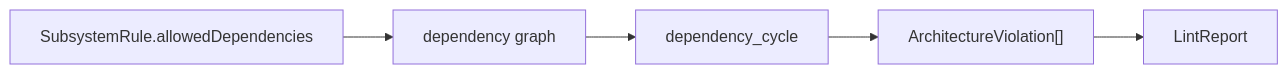
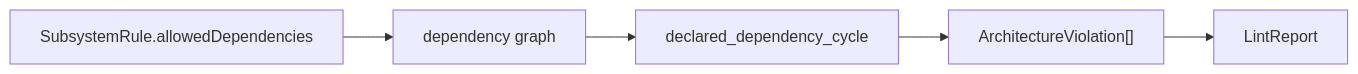
The fifth of 7 diagrams in docs/ARCHITECTURE_SNAPSHOT.md (RoyalPineapple/BumperBowling), drawn with Mermaid before and after one commit. The commit also changed other lines of this file and 14 other files, not shown here.

````diff
--- a/docs/ARCHITECTURE_SNAPSHOT.md
+++ b/docs/ARCHITECTURE_SNAPSHOT.md
@@ -72,7 +72,7 @@
 ```mermaid
 flowchart LR
     Dependencies["SubsystemRule.allowedDependencies"] --> Graph["dependency graph"]
-    Graph --> DependencyCycle["dependency_cycle"]
-    DependencyCycle --> Findings["ArchitectureViolation[]"]
+    Graph --> DeclaredDependencyCycle["declared_dependency_cycle"]
+    DeclaredDependencyCycle --> Findings["ArchitectureViolation[]"]
     Findings --> Report["LintReport"]
 ```
````
